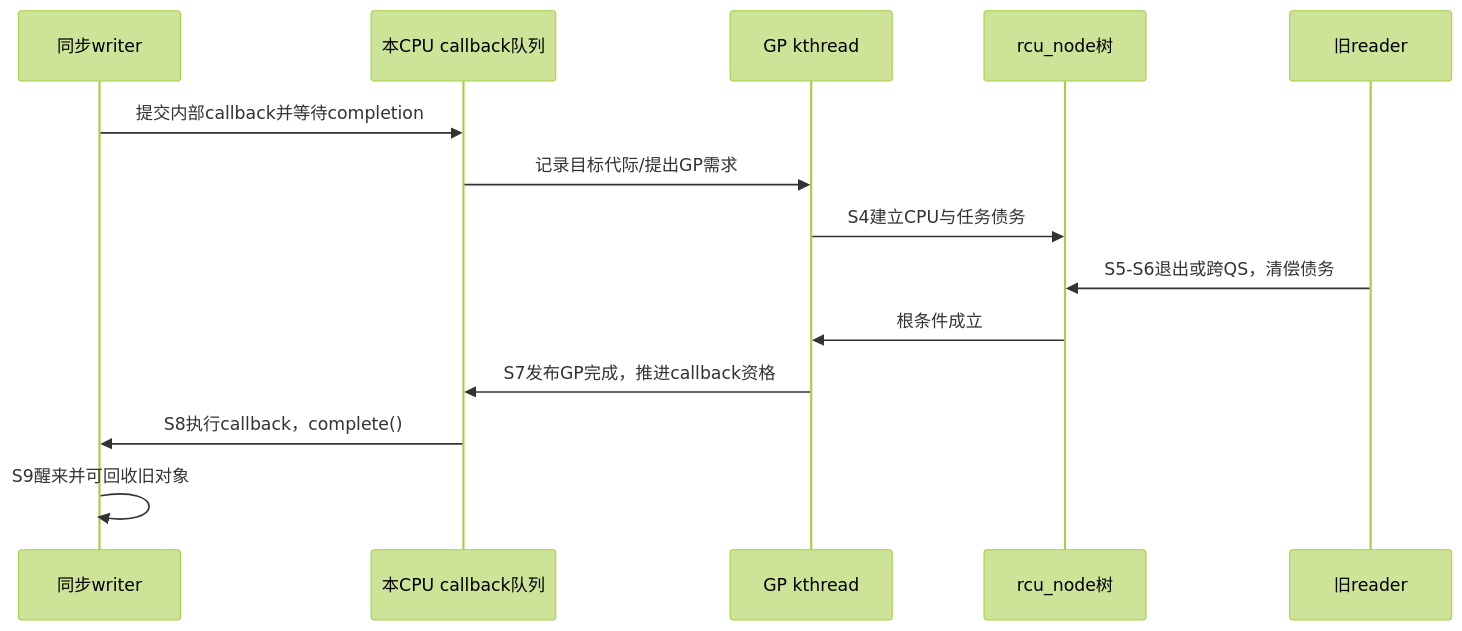
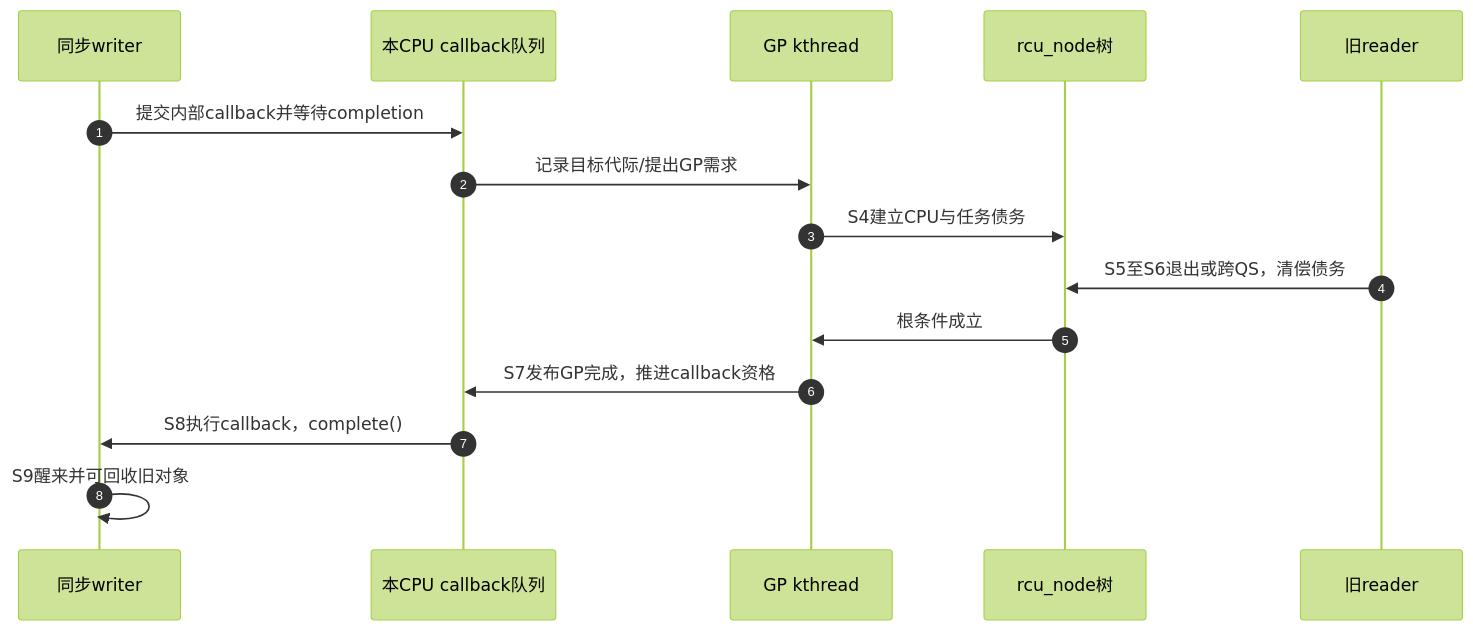
One commit to FormingSystem/linux_note changed the third of 3 diagrams in knowledge/linux/synchronization_and_asynchrony/synchronization/rcu/P05_Tree_RCU_公共骨架与完整周期.md. Above: the diagram before and after it, drawn with Mermaid (forest theme). The commit also changed other lines of this file and 2 other files, not shown here.

````diff
--- a/knowledge/linux/synchronization_and_asynchrony/synchronization/rcu/P05_Tree_RCU_公共骨架与完整周期.md
+++ b/knowledge/linux/synchronization_and_asynchrony/synchronization/rcu/P05_Tree_RCU_公共骨架与完整周期.md
@@ -166,17 +205,18 @@
 ```mermaid
 sequenceDiagram
+    autonumber
     participant W as 同步writer
     participant C as 本CPU callback队列
     participant G as GP kthread
     participant N as rcu_node树
     participant R as 旧reader
 
     W->>C: 提交内部callback并等待completion
     C->>G: 记录目标代际/提出GP需求
     G->>N: S4建立CPU与任务债务
-    R->>N: S5-S6退出或跨QS，清偿债务
+    R->>N: S5至S6退出或跨QS，清偿债务
     N->>G: 根条件成立
     G->>C: S7发布GP完成，推进callback资格
     C->>W: S8执行callback，complete()
     W->>W: S9醒来并可回收旧对象
 ```
````
